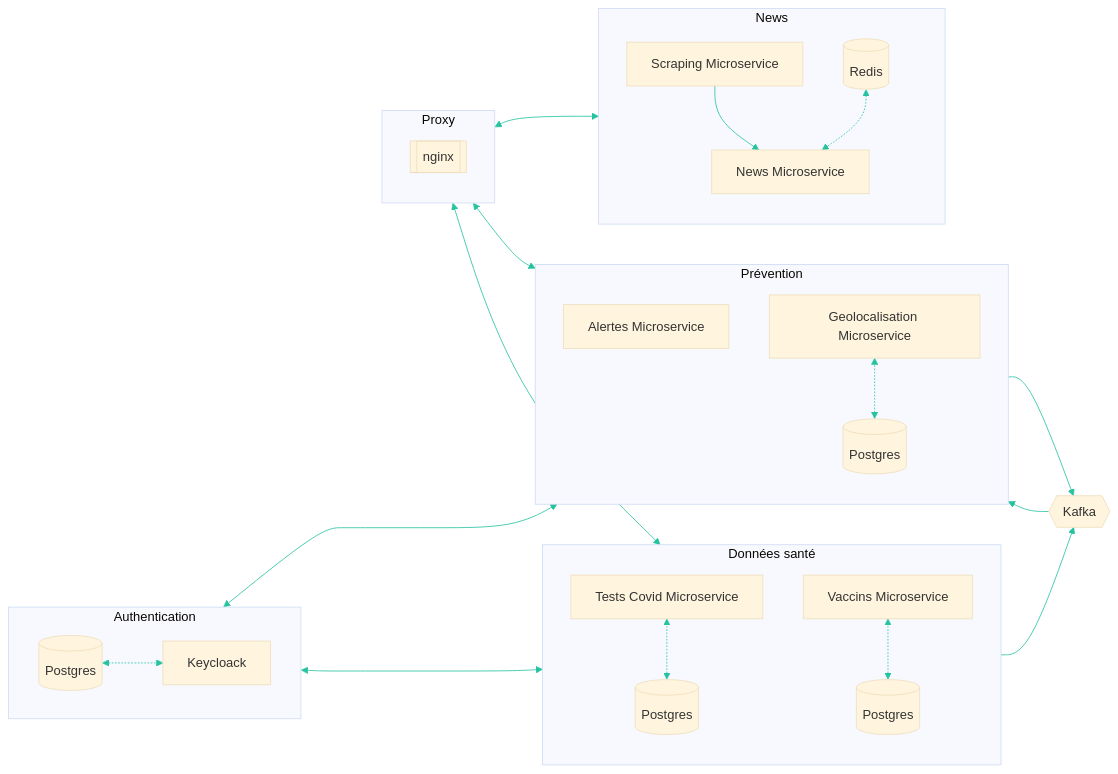
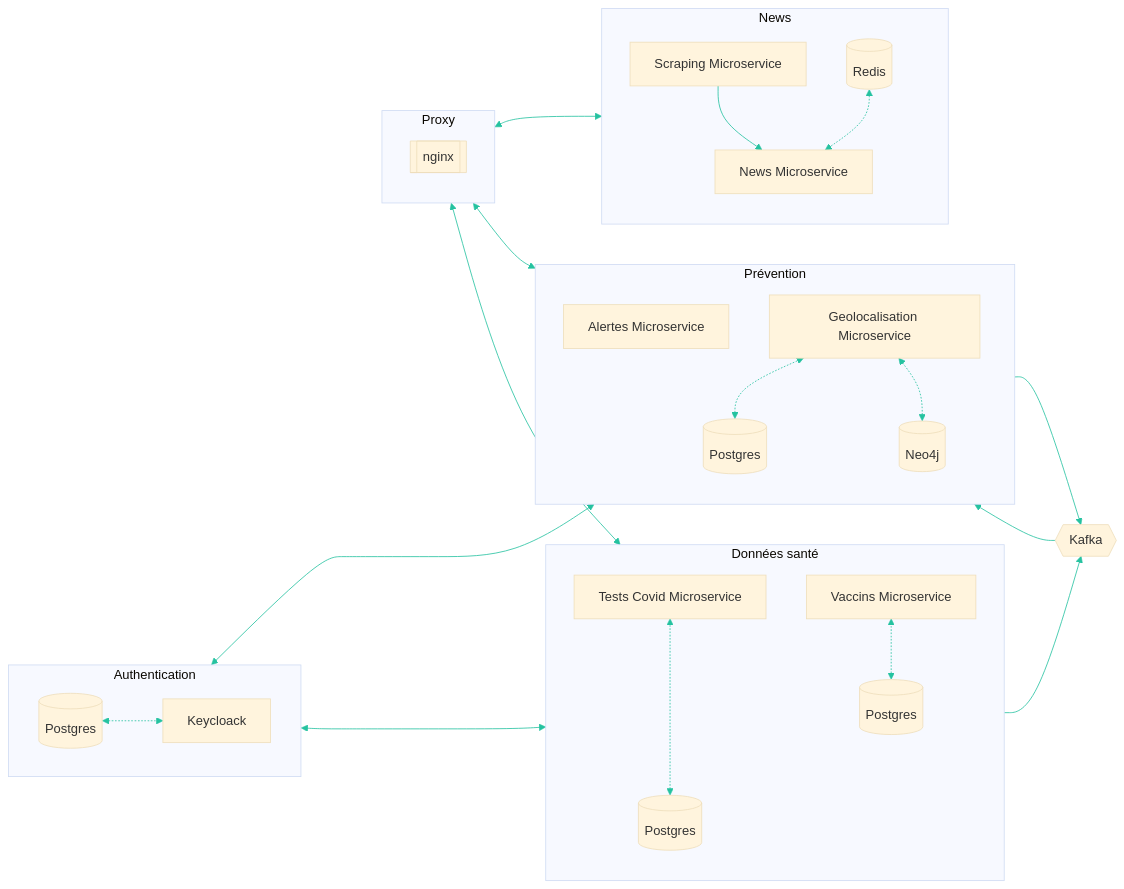
The diagram in docs/architecture.md (Covid-Alert-Microservices/specs), drawn with Mermaid before and after one commit. The commit also changed 5 other files, not shown here.

````diff
--- a/docs/architecture.md
+++ b/docs/architecture.md
@@ -11,44 +11,45 @@
 ```mermaid
 %%{init: {'theme': 'base', 'themeVariables': { 'lineColor': '#25c2a0' }}}%%
 flowchart LR
 
     subgraph Authentication
         direction LR
         PK[(Postgres)] <-.-> K[Keycloack] 
     end
 
     subgraph Proxy
         nginx[[nginx]]
     end
 
     subgraph d[Données santé]
         direction BT
-        TestPostgres[(Postgres)] <-.-> Tests[Tests Covid Microservice]
+        TestPostgres[(Postgres)] <-..-> Tests[Tests Covid Microservice]
         VaccinPostgres[(Postgres)] <-.-> Vaccin[Vaccins Microservice]
     end
 
     subgraph n[News]
         Scraper[Scraping Microservice] --> NewsM[News Microservice]
         Redis[(Redis)] <-.-> NewsM
     end
 
     subgraph a[Prévention]
         direction BT
         Alert[Alertes Microservice]
         GeoPostgres[(Postgres)] <-.-> Geo[Geolocalisation Microservice] 
+        GeoNeo4j[(Neo4j)] <-.-> Geo
     end
 
     KK{{Kafka}}
     
     Authentication <----> a
     Authentication <----> d
 
     Proxy <--> a
     Proxy <--> d
     Proxy <--> n
     
     Tests --> KK
     Geo --> KK
     KK --> Alert
 
 ```
````
